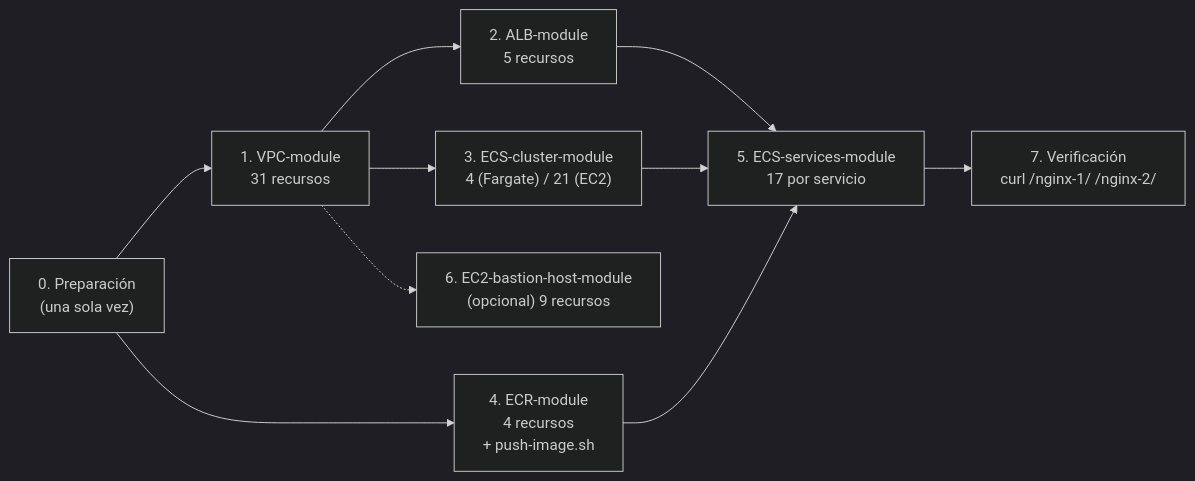
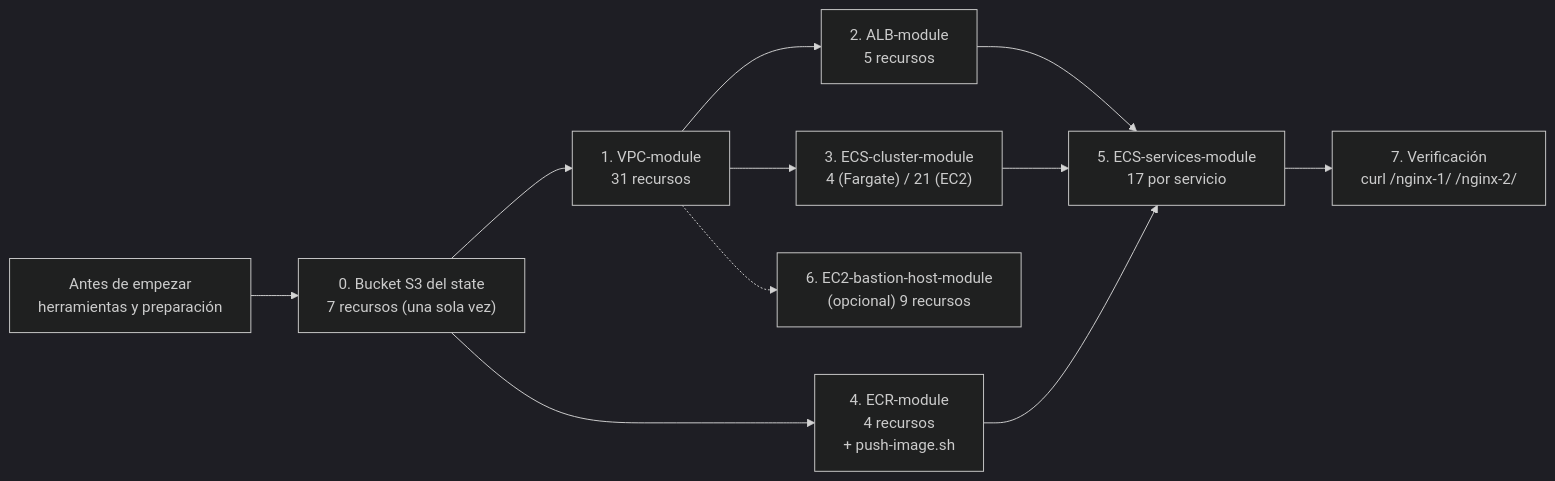
The third of 5 diagrams in Serverless/ECS-Fargate/Terraform/README.md (adrianjsosag/Sr-Labs), drawn with Mermaid (dark theme) before and after one commit. The commit also changed other lines of this file and 35 other files, not shown here.

````diff
--- a/Serverless/ECS-Fargate/Terraform/README.md
+++ b/Serverless/ECS-Fargate/Terraform/README.md
@@ -276,12 +294,13 @@
 ```mermaid
 flowchart LR
-    P0["0. Preparación<br/>(una sola vez)"] --> P1["1. VPC-module<br/>31 recursos"]
+    PA["Antes de empezar<br/>herramientas y preparación"] --> P0["0. Bucket S3 del state<br/>7 recursos (una sola vez)"]
+    P0 --> P1["1. VPC-module<br/>31 recursos"]
     P1 --> P2["2. ALB-module<br/>5 recursos"]
     P1 --> P3["3. ECS-cluster-module<br/>4 (Fargate) / 21 (EC2)"]
     P0 --> P4["4. ECR-module<br/>4 recursos<br/>+ push-image.sh"]
     P2 --> P5["5. ECS-services-module<br/>17 por servicio"]
     P3 --> P5
     P4 --> P5
     P1 -.-> P6["6. EC2-bastion-host-module<br/>(opcional) 9 recursos"]
     P5 --> P7["7. Verificación<br/>curl /nginx-1/ /nginx-2/"]
 ```
````
